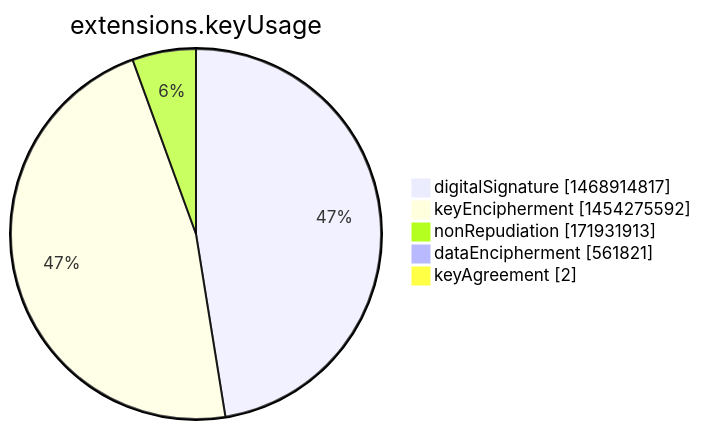
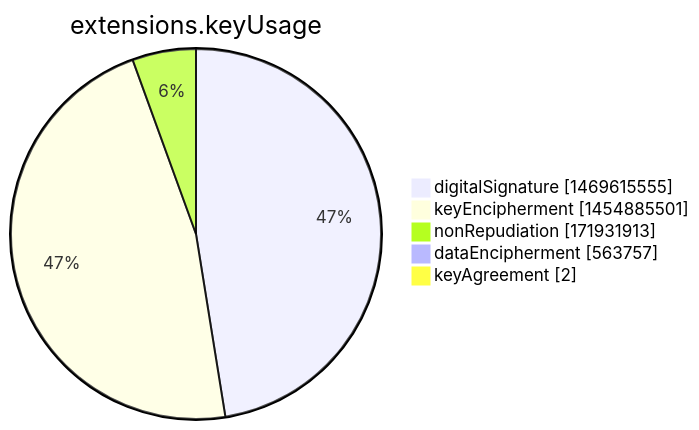
One commit to christiankrug/ctmonitor_visualization changed the seventh of 15 diagrams in argon2022/README.md. Above: the diagram before and after it, drawn with Mermaid. The commit also changed other lines of this file, not shown here.

````diff
--- a/argon2022/README.md
+++ b/argon2022/README.md
@@ -2751,9 +2751,9 @@
 ```mermaid
 pie showData
 title extensions.keyUsage
-"digitalSignature" :1468914817
-"keyEncipherment" :1454275592
+"digitalSignature" :1469615555
+"keyEncipherment" :1454885501
 "nonRepudiation" :171931913
-"dataEncipherment" :561821
+"dataEncipherment" :563757
 "keyAgreement" :2
 ```
````
